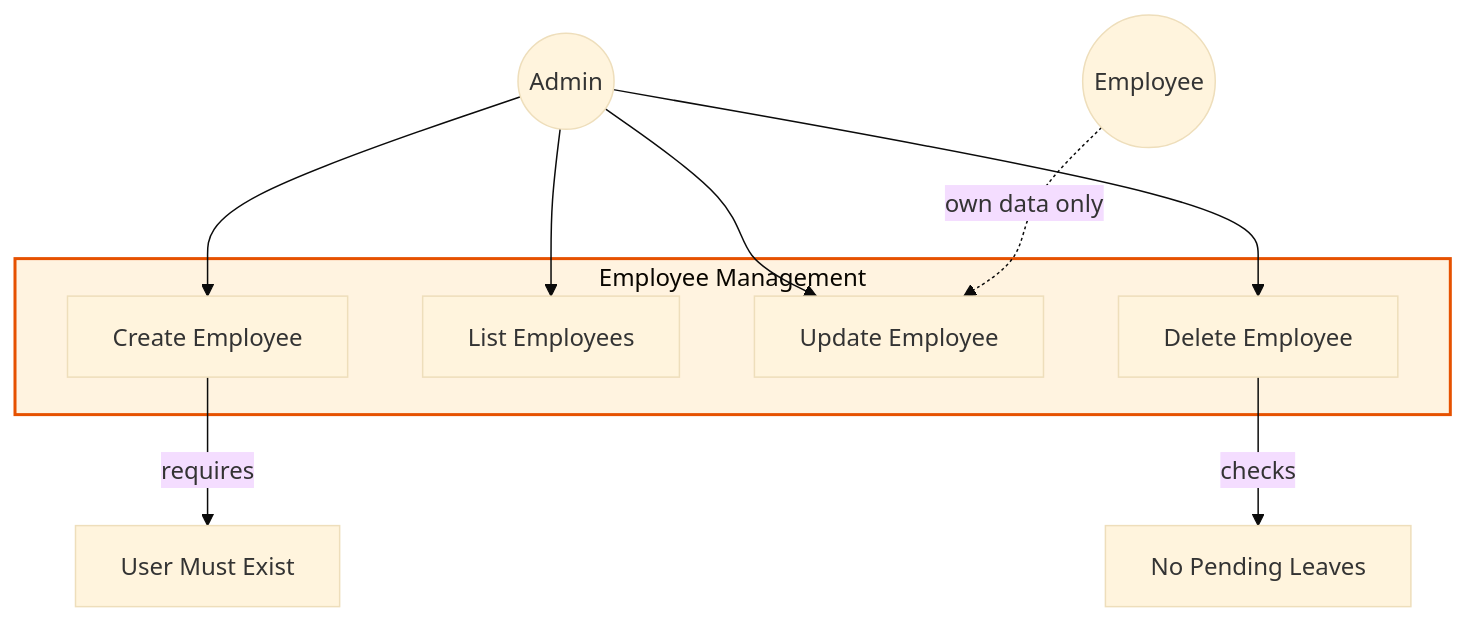
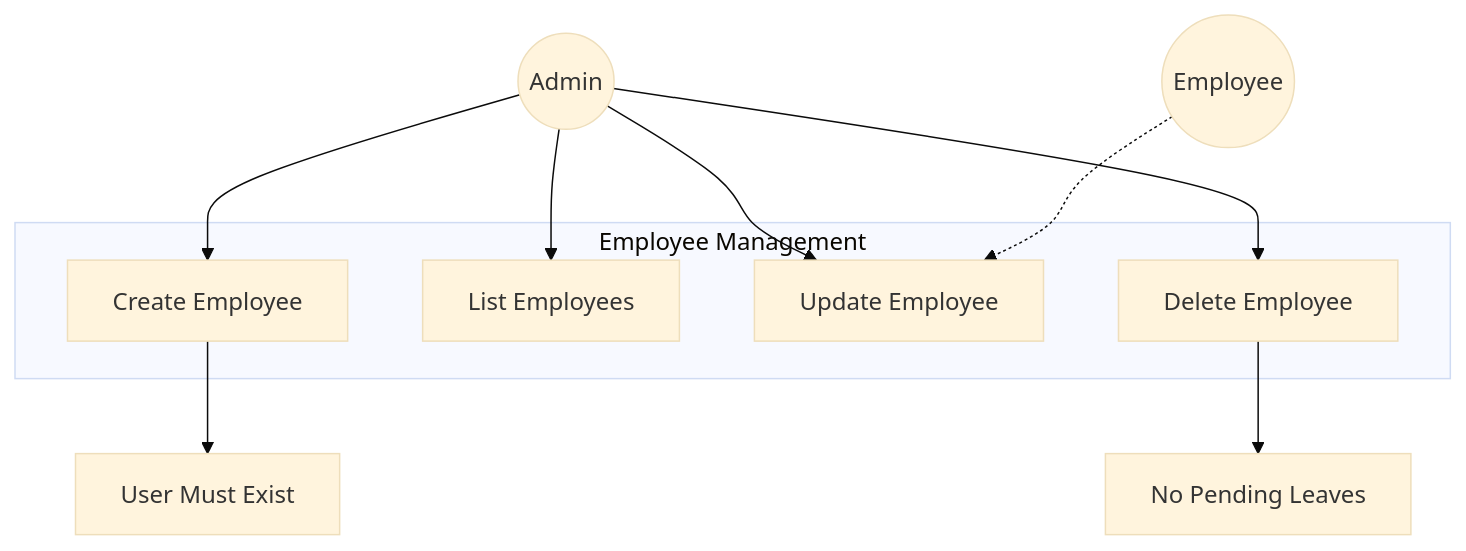
Before and after one commit to kshitij2212/attendance-manager: the third of 6 diagrams in useCaseDiagram.md, drawn with Mermaid (base theme). The commit also changed other lines of this file, not shown here.

Commit message:
docs: finalize idea.md  and diagrams

````diff
--- a/useCaseDiagram.md
+++ b/useCaseDiagram.md
@@ -128,23 +110,21 @@
 ```mermaid
 graph TB
     Admin((Admin))
     Employee((Employee))
     
     subgraph EmpModule["Employee Management"]
         UC4[Create Employee]
         UC5[List Employees]
         UC6[Update Employee]
         UC7[Delete Employee]
     end
     
     Admin --> UC4
     Admin --> UC5
     Admin --> UC6
     Admin --> UC7
-    Employee -.own data only.-> UC6
+    Employee -.-> UC6
     
-    UC4 -->|requires| ValidUser[User Must Exist]
-    UC7 -->|checks| NoPending[No Pending Leaves]
-    
-    style EmpModule fill:#fff3e0,stroke:#e65100,stroke-width:2px
+    UC4 --> ValidUser[User Must Exist]
+    UC7 --> NoPending[No Pending Leaves]
 ```
````
